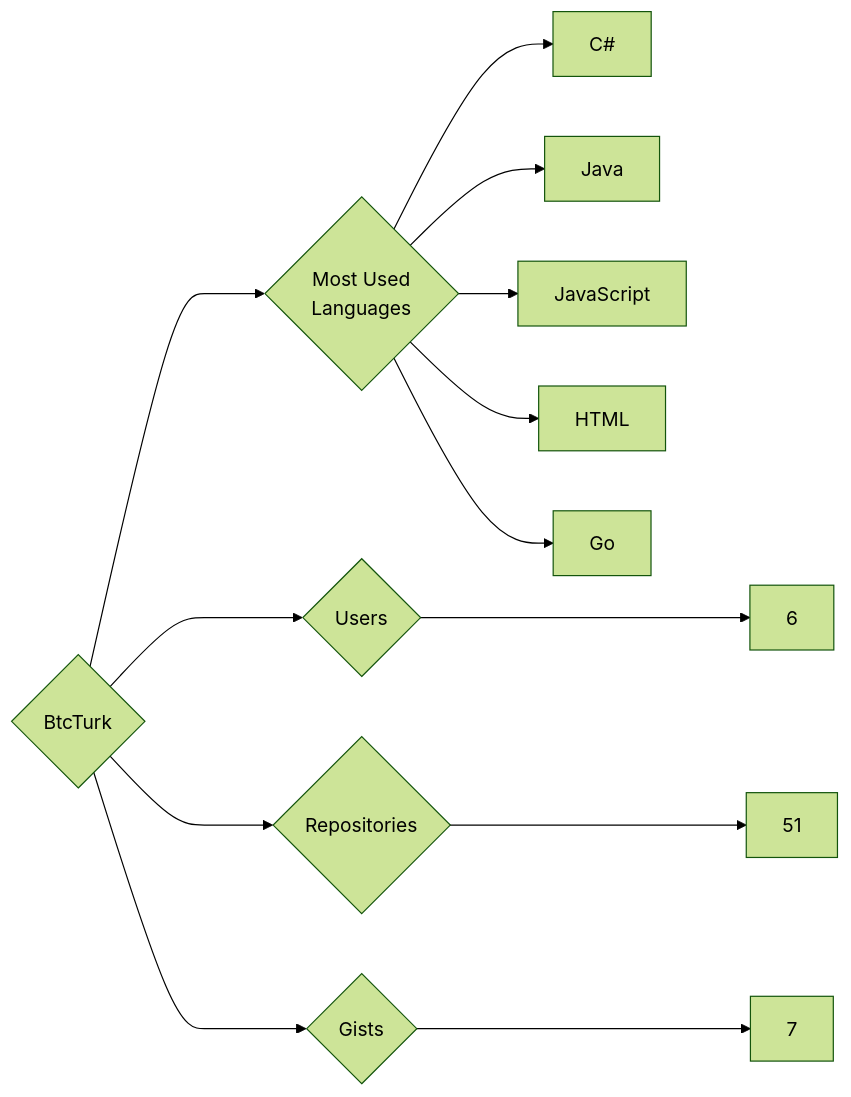
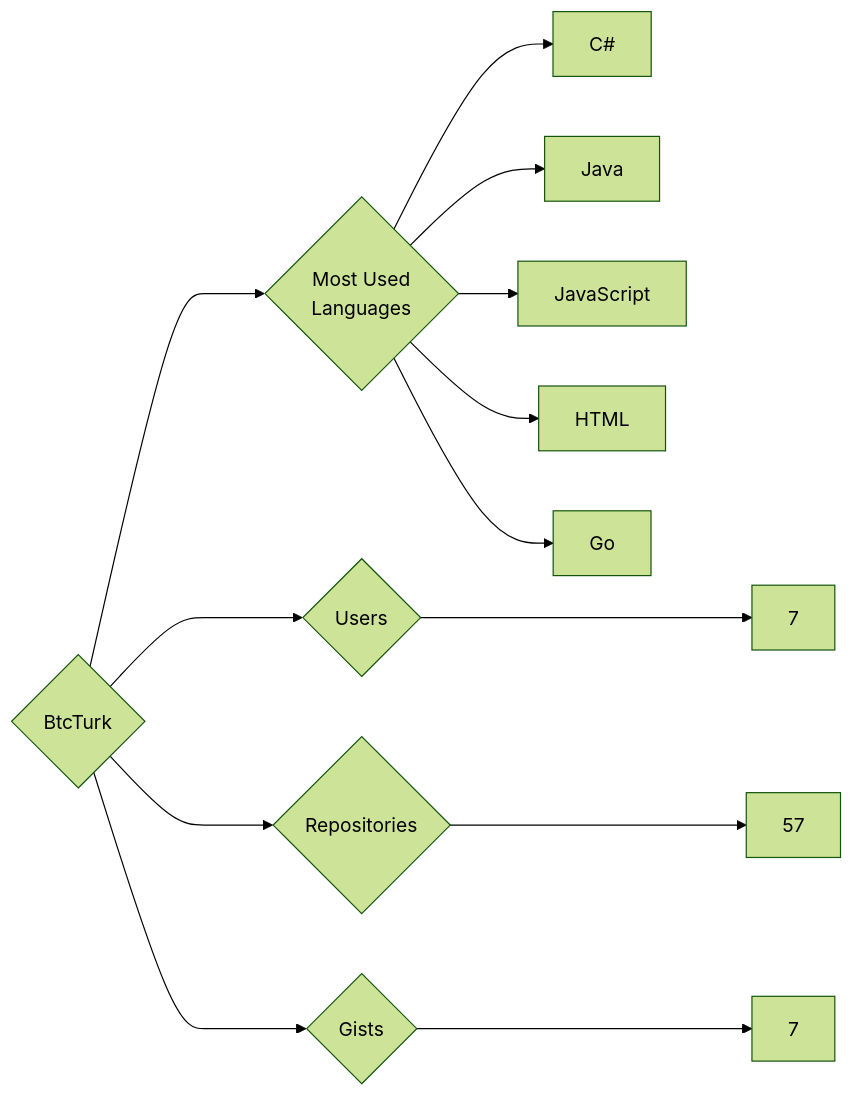
The diagram in targets/BtcTurk/README.md (trickest/insiders), drawn with Mermaid (forest theme) before and after one commit. The commit also changed 1023 other files, not shown here.

````diff
--- a/targets/BtcTurk/README.md
+++ b/targets/BtcTurk/README.md
@@ -3,13 +3,13 @@
 ```mermaid
 graph LR
 COMPANY_NAME{BtcTurk}
-COMPANY_NAME ---> U{Users} ---> UN[6]
-COMPANY_NAME ---> R{Repositories} ---> RN[51]
+COMPANY_NAME ---> U{Users} ---> UN[7]
+COMPANY_NAME ---> R{Repositories} ---> RN[57]
 COMPANY_NAME ---> G{Gists} ---> GN[7]
 COMPANY_NAME ---> ML{Most Used<br>Languages}
 ML --> C#[C#]
 ML --> Java[Java]
 ML --> JavaScript[JavaScript]
 ML --> HTML[HTML]
 ML --> Go[Go]
 ```
````
